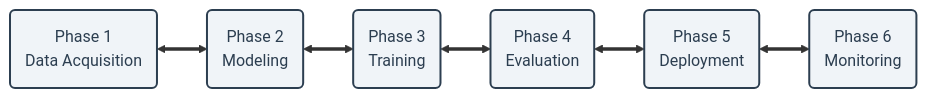
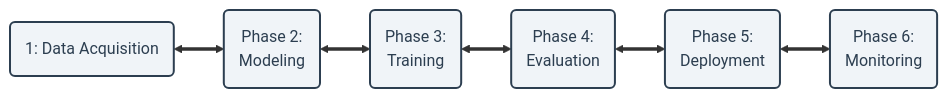
One commit to vinnylg/leafletslm changed the diagram in docs/index.md. Above: the diagram before and after it, drawn with Mermaid. The commit also changed other lines of this file and 42 other files, not shown here.

````diff
--- a/docs/index.md
+++ b/docs/index.md
@@ -29,23 +29,23 @@
 ```mermaid
 flowchart LR
 
     classDef phase fill:#f0f4f8,stroke:#2c3e50,stroke-width:2px,color:#2c3e50;
 
-    P1(Phase 1<br/>Data Acquisition):::phase
-    P2(Phase 2<br/>Modeling):::phase
-    P3(Phase 3<br/>Training):::phase
-    P4(Phase 4<br/>Evaluation):::phase
-    P5(Phase 5<br/>Deployment):::phase
-    P6(Phase 6<br/>Monitoring):::phase
+    P1(1: Data Acquisition):::phase
+    P2(Phase 2:<br/>Modeling):::phase
+    P3(Phase 3:<br/>Training):::phase
+    P4(Phase 4:<br/>Evaluation):::phase
+    P5(Phase 5:<br/>Deployment):::phase
+    P6(Phase 6:<br/>Monitoring):::phase
 
     P1 <==> P2 <==> P3 <==> P4 <==> P5 <==> P6
 
-    click P1 "architecture/roadmap/#phase-1-data-acquisition-and-preparation-etl" "Go to Phase 1: Acquisition"
-    click P2 "architecture/roadmap/#phase-2-modeling-and-system-design" "Go to Phase 2: Modeling"
-    click P3 "architecture/roadmap/#phase-3-training-and-optimization" "Go to Phase 3: Training"
-    click P4 "architecture/roadmap/#phase-4-evaluation-and-validation" "Go to Phase 4: Evaluation"
-    click P5 "architecture/roadmap/#phase-5-deployment" "Go to Phase 5: Deployment"
-    click P6 "architecture/roadmap/#phase-6-monitoring-and-continuous-improvement" "Go to Phase 6: Monitoring"
+    click P1 "architecture/roadmap/#data-acquisition-and-preparation-etl" "Go to Phase 1: Acquisition"
+    click P2 "architecture/roadmap/#modeling-and-system-design" "Go to Phase 2: Modeling"
+    click P3 "architecture/roadmap/#training-and-optimization" "Go to Phase 3: Training"
+    click P4 "architecture/roadmap/#evaluation-and-validation" "Go to Phase 4: Evaluation"
+    click P5 "architecture/roadmap/#deployment" "Go to Phase 5: Deployment"
+    click P6 "architecture/roadmap/#monitoring-and-continuous-improvement" "Go to Phase 6: Monitoring"
 
 
 ```
````
